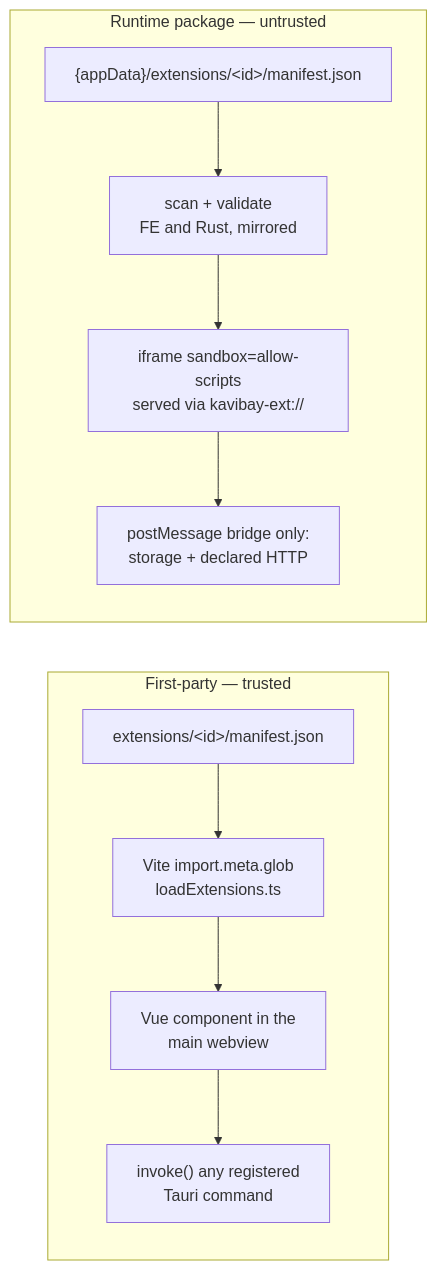
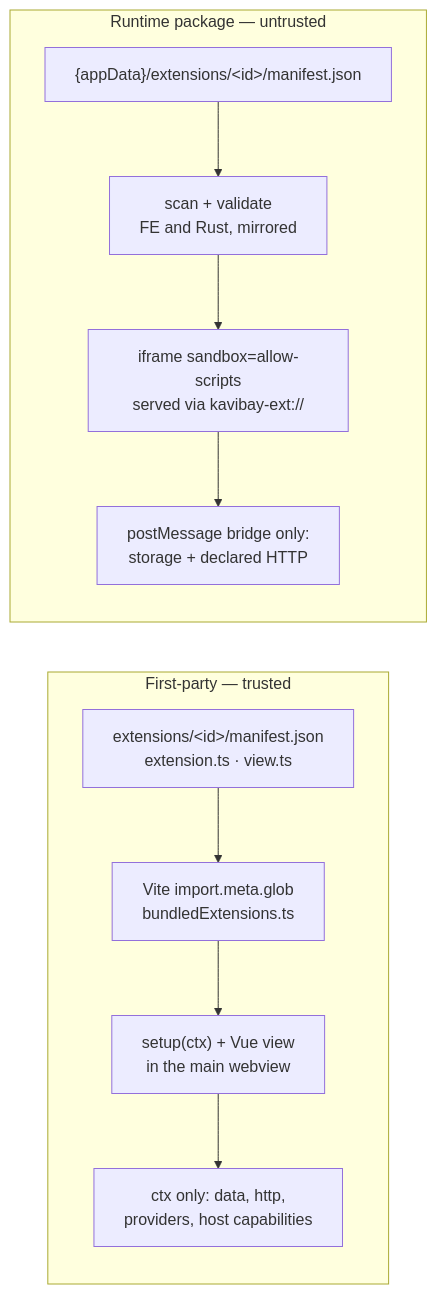
Before and after one commit to kavibay/kavibay: the fourth of 6 diagrams in docs/architecture.md, drawn with Mermaid. The commit also changed other lines of this file and 8 other files, not shown here.

````diff
--- a/docs/architecture.md
+++ b/docs/architecture.md
@@ -355,14 +359,14 @@
 ```mermaid
 flowchart LR
     subgraph fpath["First-party — trusted"]
-        f1["extensions/&lt;id&gt;/manifest.json"] --> f2["Vite import.meta.glob<br/>loadExtensions.ts"]
-        f2 --> f3["Vue component in the<br/>main webview"]
-        f3 --> f4["invoke() any registered<br/>Tauri command"]
+        f1["extensions/&lt;id&gt;/manifest.json<br/>extension.ts · view.ts"] --> f2["Vite import.meta.glob<br/>bundledExtensions.ts"]
+        f2 --> f3["setup(ctx) + Vue view<br/>in the main webview"]
+        f3 --> f4["ctx only: data, http,<br/>providers, host capabilities"]
     end
 
     subgraph rpath["Runtime package — untrusted"]
         r1["{appData}/extensions/&lt;id&gt;/manifest.json"] --> r2["scan + validate<br/>FE and Rust, mirrored"]
         r2 --> r3["iframe sandbox=allow-scripts<br/>served via kavibay-ext://"]
         r3 --> r4["postMessage bridge only:<br/>storage + declared HTTP"]
     end
 ```
````
